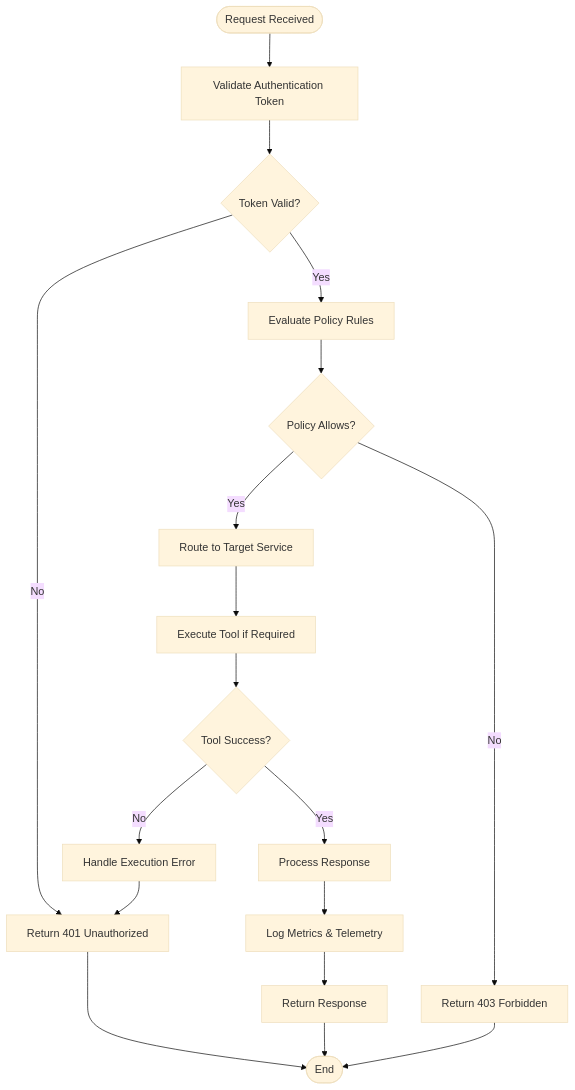
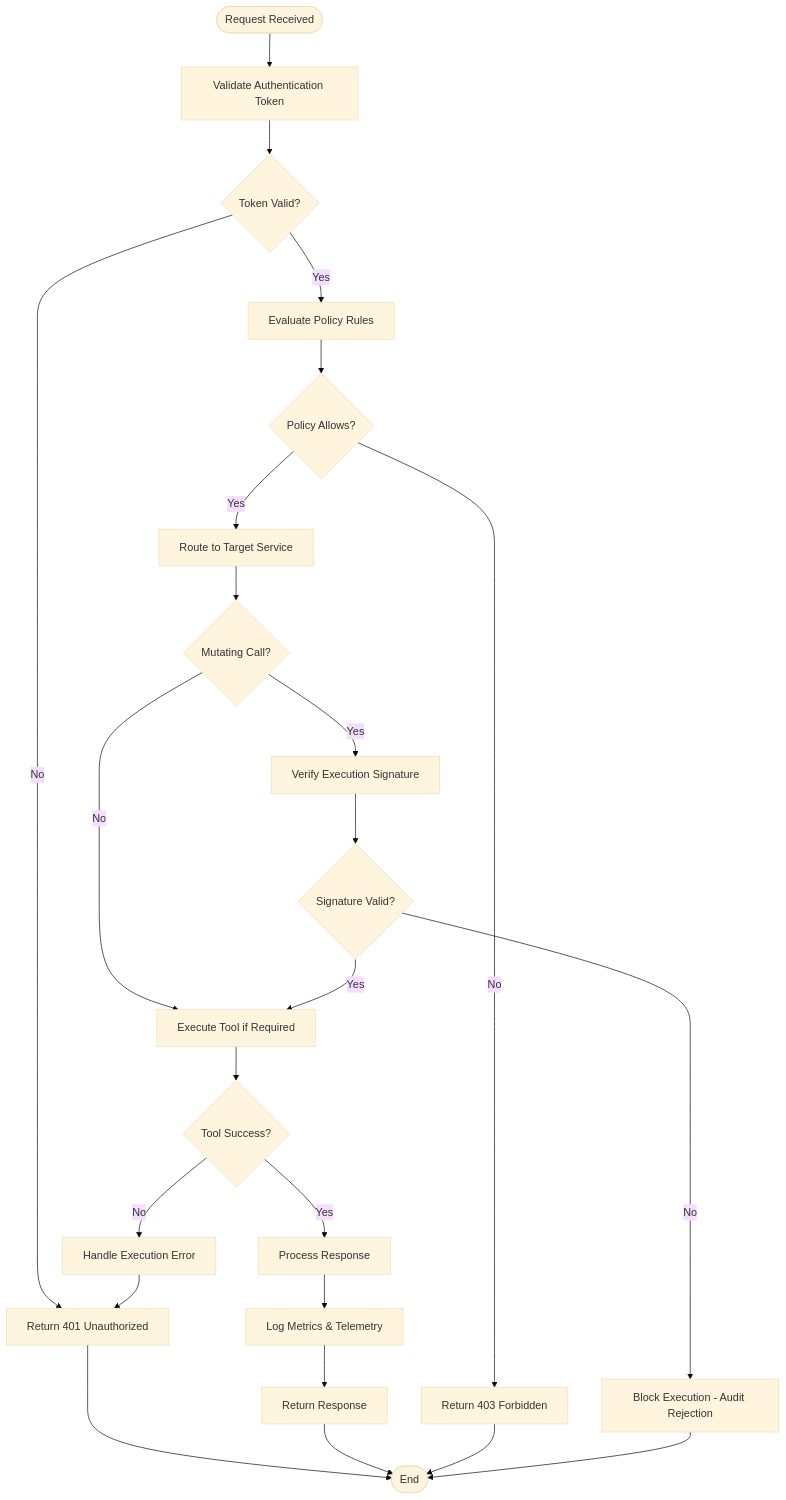
The fifth of 8 diagrams in .qoder/repowiki/en/content/Project Overview.md (metasync/luban-aiops), drawn with Mermaid (base theme) before and after one commit. The commit also changed other lines of this file and 4 other files, not shown here.

````diff
--- a/.qoder/repowiki/en/content/Project Overview.md
+++ b/.qoder/repowiki/en/content/Project Overview.md
@@ -257,20 +276,26 @@
 ```mermaid
 flowchart TD
 Start([Request Received]) --> ValidateToken["Validate Authentication Token"]
 ValidateToken --> TokenValid{"Token Valid?"}
 TokenValid --> |No| ReturnError["Return 401 Unauthorized"]
 TokenValid --> |Yes| CheckPolicy["Evaluate Policy Rules"]
 CheckPolicy --> PolicyAllowed{"Policy Allows?"}
 PolicyAllowed --> |No| DenyAccess["Return 403 Forbidden"]
 PolicyAllowed --> |Yes| RouteRequest["Route to Target Service"]
-RouteRequest --> ExecuteTool["Execute Tool if Required"]
+RouteRequest --> MutatingCall{"Mutating Call?"}
+MutatingCall --> |No| ExecuteTool["Execute Tool if Required"]
+MutatingCall --> |Yes| VerifySignature["Verify Execution Signature"]
+VerifySignature --> SigValid{"Signature Valid?"}
+SigValid --> |No| BlockExecution["Block Execution - Audit Rejection"]
+SigValid --> |Yes| ExecuteTool
 ExecuteTool --> ToolSuccess{"Tool Success?"}
 ToolSuccess --> |No| HandleError["Handle Execution Error"]
 ToolSuccess --> |Yes| ProcessResponse["Process Response"]
 ProcessResponse --> LogMetrics["Log Metrics & Telemetry"]
 LogMetrics --> ReturnResponse["Return Response"]
 HandleError --> ReturnError
 ReturnError --> End([End])
 ReturnResponse --> End
 DenyAccess --> End
+BlockExecution --> End
 ```
````
